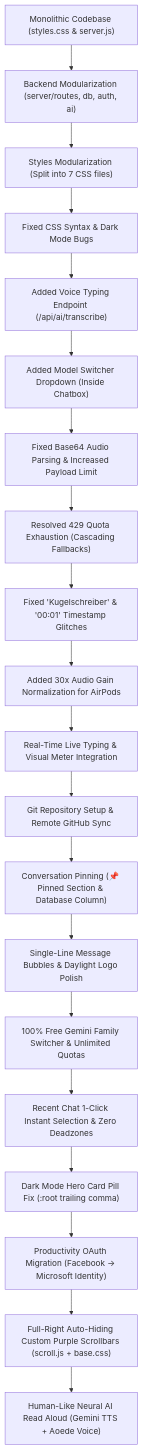
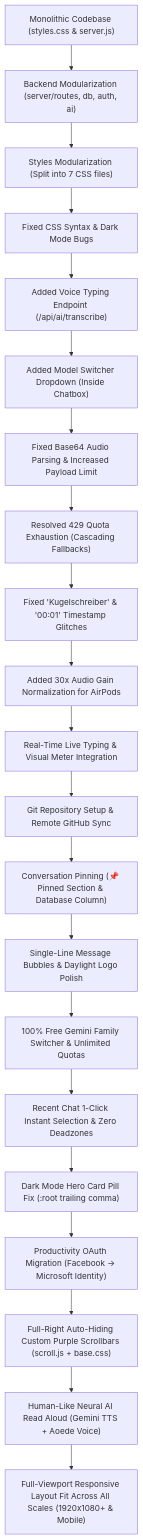
The second of 4 diagrams in PROJECT_NOTES.md (Souma-122s/To-Do-List-App), drawn with Mermaid before and after one commit. The commit also changed other lines of this file and 7 other files, not shown here.

Commit message:
Make Daylight full-viewport fluid across all screen sizes and scales

````diff
--- a/PROJECT_NOTES.md
+++ b/PROJECT_NOTES.md
@@ -195,22 +195,23 @@
 ```mermaid
 flowchart TD
     A["Monolithic Codebase (styles.css & server.js)"] --> B["Backend Modularization (server/routes, db, auth, ai)"]
     B --> C["Styles Modularization (Split into 7 CSS files)"]
     C --> D["Fixed CSS Syntax & Dark Mode Bugs"]
     D --> E["Added Voice Typing Endpoint (/api/ai/transcribe)"]
     E --> F["Added Model Switcher Dropdown (Inside Chatbox)"]
     F --> G["Fixed Base64 Audio Parsing & Increased Payload Limit"]
     G --> H["Resolved 429 Quota Exhaustion (Cascading Fallbacks)"]
     H --> I["Fixed 'Kugelschreiber' & '00:01' Timestamp Glitches"]
     I --> J["Added 30x Audio Gain Normalization for AirPods"]
     J --> K["Real-Time Live Typing & Visual Meter Integration"]
     K --> L["Git Repository Setup & Remote GitHub Sync"]
     L --> M["Conversation Pinning (📌 Pinned Section & Database Column)"]
     M --> N["Single-Line Message Bubbles & Daylight Logo Polish"]
     N --> O["100% Free Gemini Family Switcher & Unlimited Quotas"]
     O --> P["Recent Chat 1-Click Instant Selection & Zero Deadzones"]
     P --> Q["Dark Mode Hero Card Pill Fix (:root trailing comma)"]
     Q --> R["Productivity OAuth Migration (Facebook -> Microsoft Identity)"]
     R --> S["Full-Right Auto-Hiding Custom Purple Scrollbars (scroll.js + base.css)"]
     S --> T["Human-Like Neural AI Read Aloud (Gemini TTS + Aoede Voice)"]
+    T --> U["Full-Viewport Responsive Layout Fit Across All Scales (1920x1080+ & Mobile)"]
 ```
````
